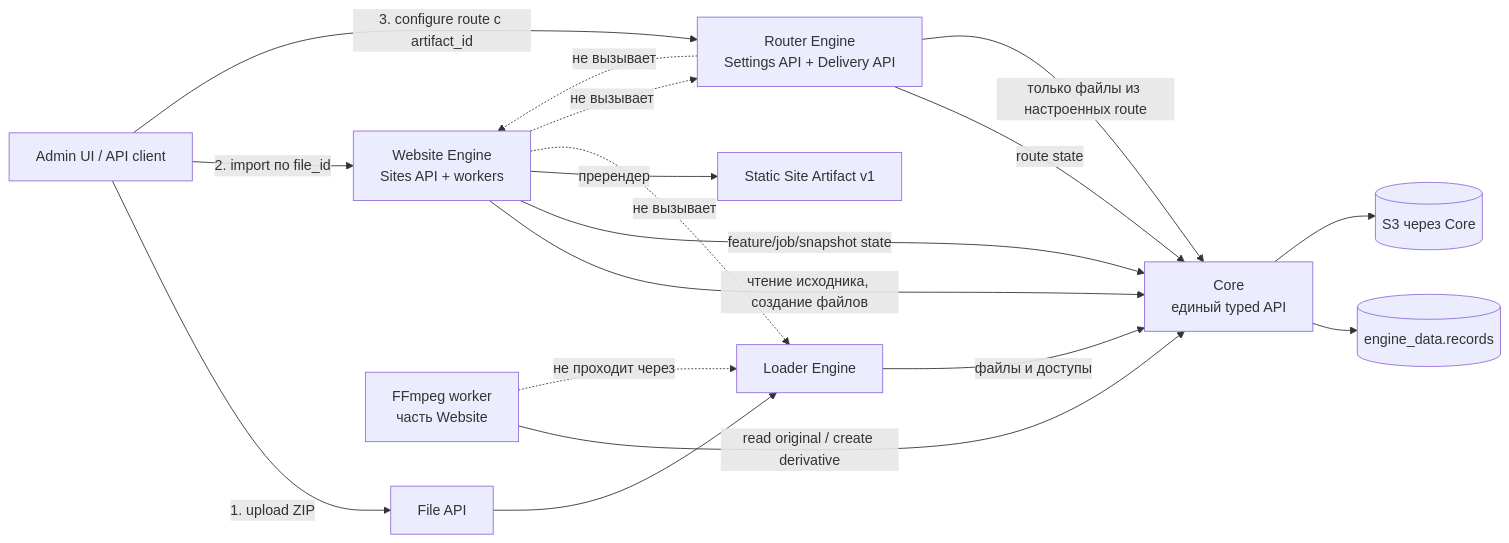
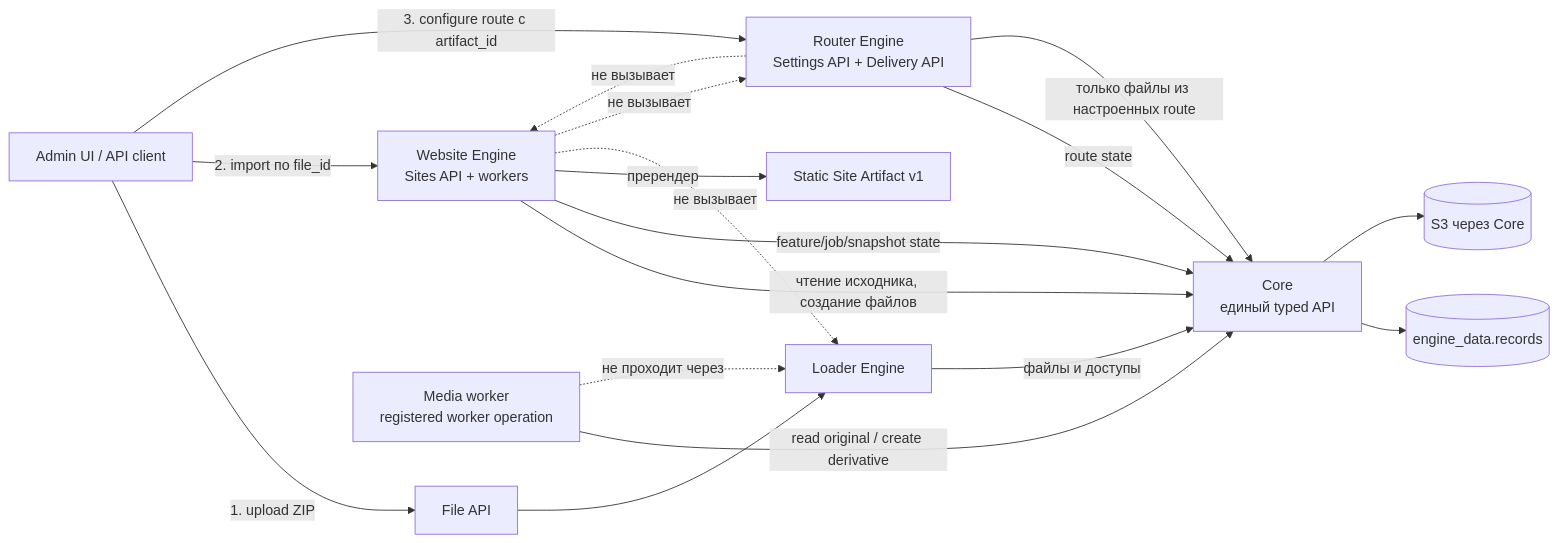
The first of 3 diagrams in spec/engines/website/SPEC-website-engine.md (Zubrium/cdn), drawn with Mermaid before and after one commit. The commit also changed other lines of this file and 126 other files, not shown here.

````diff
--- a/spec/engines/website/SPEC-website-engine.md
+++ b/spec/engines/website/SPEC-website-engine.md
@@ -51,32 +48,32 @@
 ```mermaid
 flowchart LR
     Admin[Admin UI / API client]
     FileAPI[File API]
     Loader[Loader Engine]
     Website[Website Engine<br/>Sites API + workers]
     Router[Router Engine<br/>Settings API + Delivery API]
     Core[Core<br/>единый typed API]
     ModuleData[(engine_data.records)]
     S3[(S3 через Core)]
-    FF[FFmpeg worker<br/>часть Website]
+    FF[Media worker<br/>registered worker operation]
     Artifact[Static Site Artifact v1]
 
     Admin -->|1. upload ZIP| FileAPI
     FileAPI --> Loader
     Loader -->|файлы и доступы| Core
     Admin -->|2. import по file_id| Website
     Website -->|чтение исходника, создание файлов| Core
     Website -->|feature/job/snapshot state| Core
     Core --> ModuleData
     Core --> S3
     Website -->|пререндер| Artifact
     Admin -->|3. configure route с artifact_id| Router
     Router -->|route state| Core
     Router -->|только файлы из настроенных route| Core
     FF -->|read original / create derivative| Core
 
     Website -. не вызывает .-> Loader
     Website -. не вызывает .-> Router
     Router -. не вызывает .-> Website
     FF -. не проходит через .-> Loader
 ```
````
